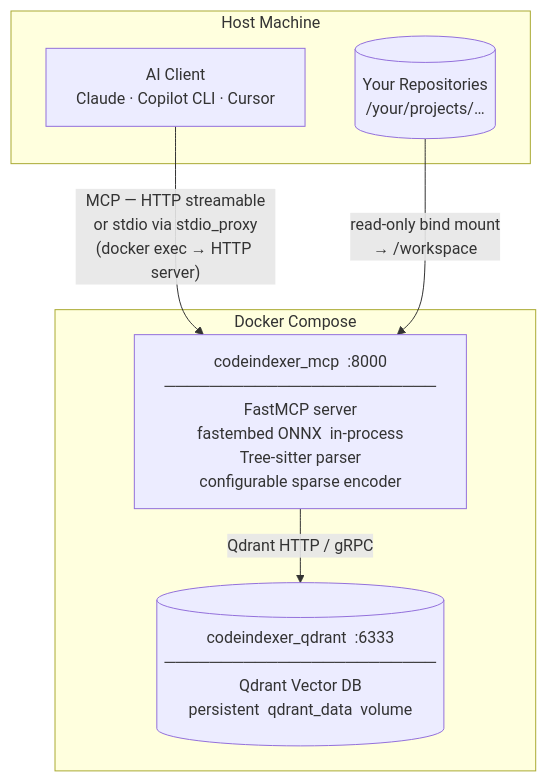
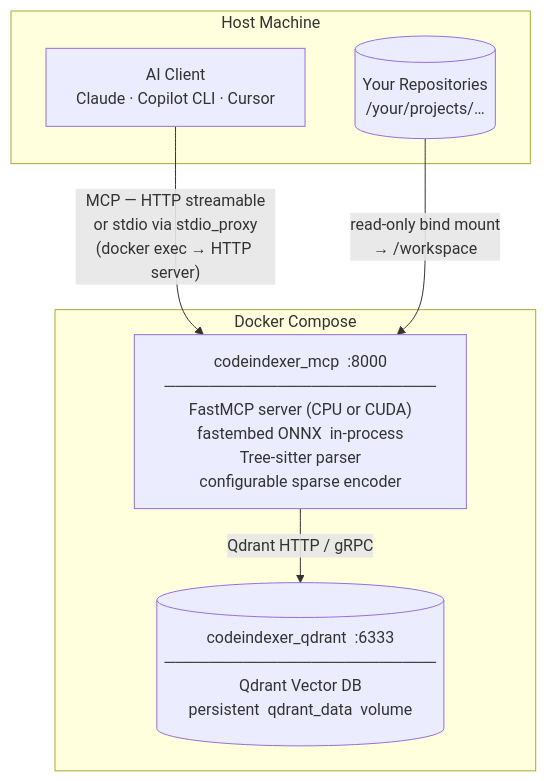
Before and after one commit to Tusquito/codebase-indexer-mcp: the first of 3 diagrams in README.md, drawn with Mermaid. The commit also changed other lines of this file and 20 other files, not shown here.

````diff
--- a/README.md
+++ b/README.md
@@ -16,16 +17,16 @@
 ```mermaid
 graph TD
     subgraph Host["Host Machine"]
         WS[("Your Repositories\n/your/projects/…")]
         AI["AI Client\nClaude · Copilot CLI · Cursor"]
     end
 
     subgraph Docker["Docker Compose"]
-        MCP["codeindexer_mcp  :8000\n────────────────────────\nFastMCP server\nfastembed ONNX  in-process\nTree-sitter parser\nconfigurable sparse encoder"]
+        MCP["codeindexer_mcp  :8000\n────────────────────────\nFastMCP server (CPU or CUDA)\nfastembed ONNX  in-process\nTree-sitter parser\nconfigurable sparse encoder"]
         QD[("codeindexer_qdrant  :6333\n────────────────────────\nQdrant Vector DB\npersistent  qdrant_data  volume")]
     end
 
     AI -- "MCP — HTTP streamable\nor stdio via stdio_proxy\n(docker exec → HTTP server)" --> MCP
     MCP -- "Qdrant HTTP / gRPC" --> QD
     WS -- "read-only bind mount\n→ /workspace" --> MCP
 ```
````
